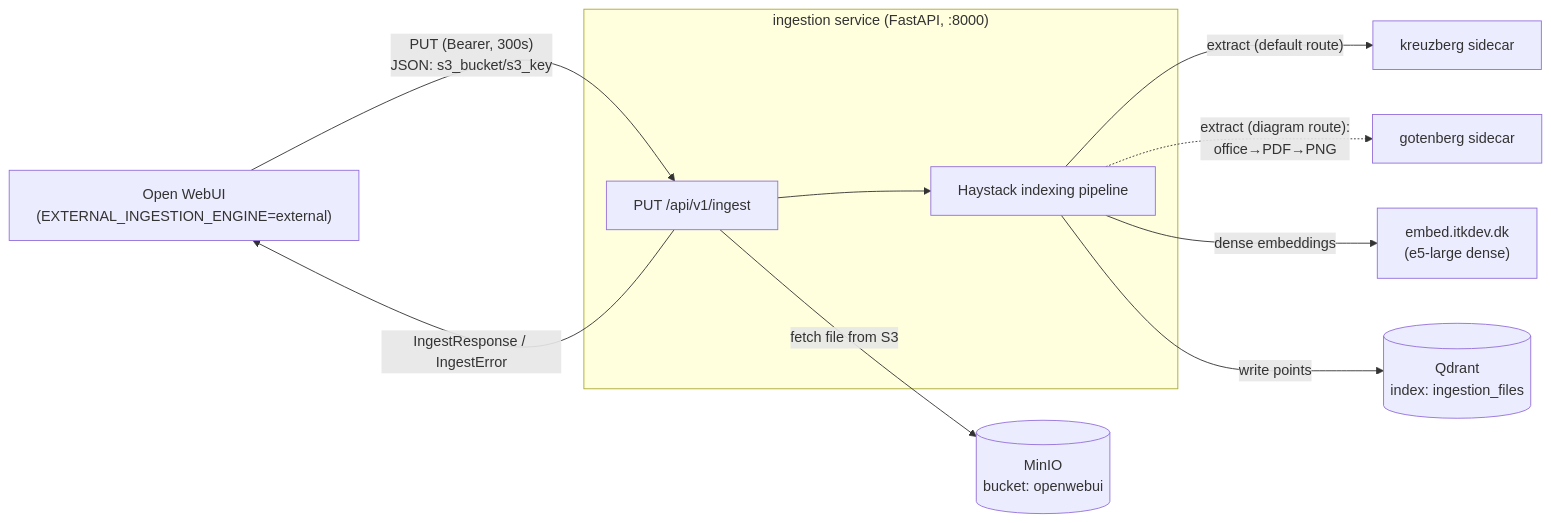
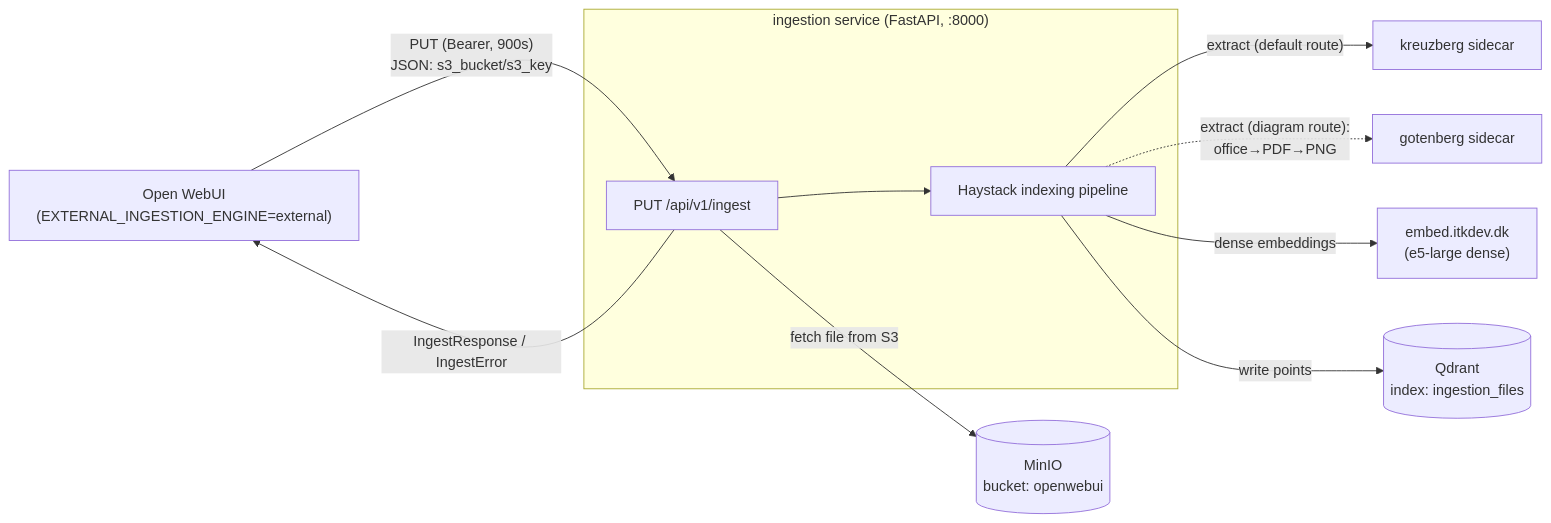
One commit to AarhusAI/ingestion-service changed the first of 5 diagrams in docs/data-flow.md. Above: the diagram before and after it, drawn with Mermaid. The commit also changed other lines of this file, not shown here.

Commit message:
Update data flow docs

````diff
--- a/docs/data-flow.md
+++ b/docs/data-flow.md
@@ -44,22 +44,22 @@
 ```mermaid
 flowchart LR
     OWUI["Open WebUI<br/>(EXTERNAL_INGESTION_ENGINE=external)"]
     subgraph SVC["ingestion service (FastAPI, :8000)"]
         ROUTE["PUT /api/v1/ingest"]
         PIPE["Haystack indexing pipeline"]
     end
     MINIO[("MinIO<br/>bucket: openwebui")]
     KRZ["kreuzberg sidecar"]
     GOT["gotenberg sidecar"]
     EMB["embed.itkdev.dk<br/>(e5-large dense)"]
     QDR[("Qdrant<br/>index: ingestion_files")]
 
-    OWUI -->|"PUT (Bearer, 300s)<br/>JSON: s3_bucket/s3_key"| ROUTE
+    OWUI -->|"PUT (Bearer, 900s)<br/>JSON: s3_bucket/s3_key"| ROUTE
     ROUTE -->|"fetch file from S3"| MINIO
     ROUTE --> PIPE
     PIPE -->|"extract (default route)"| KRZ
     PIPE -.->|"extract (diagram route):<br/>office→PDF→PNG"| GOT
     PIPE -->|"dense embeddings"| EMB
     PIPE -->|"write points"| QDR
     ROUTE -->|"IngestResponse / IngestError"| OWUI
 ```
````
